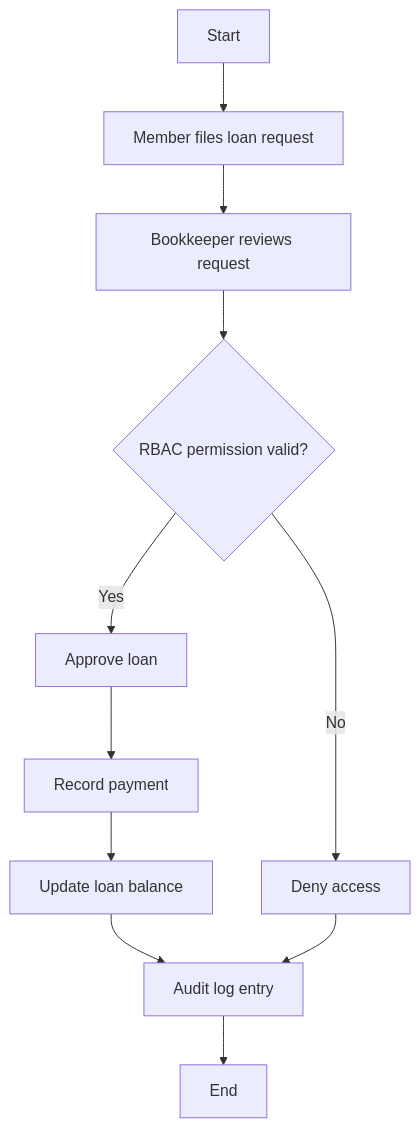
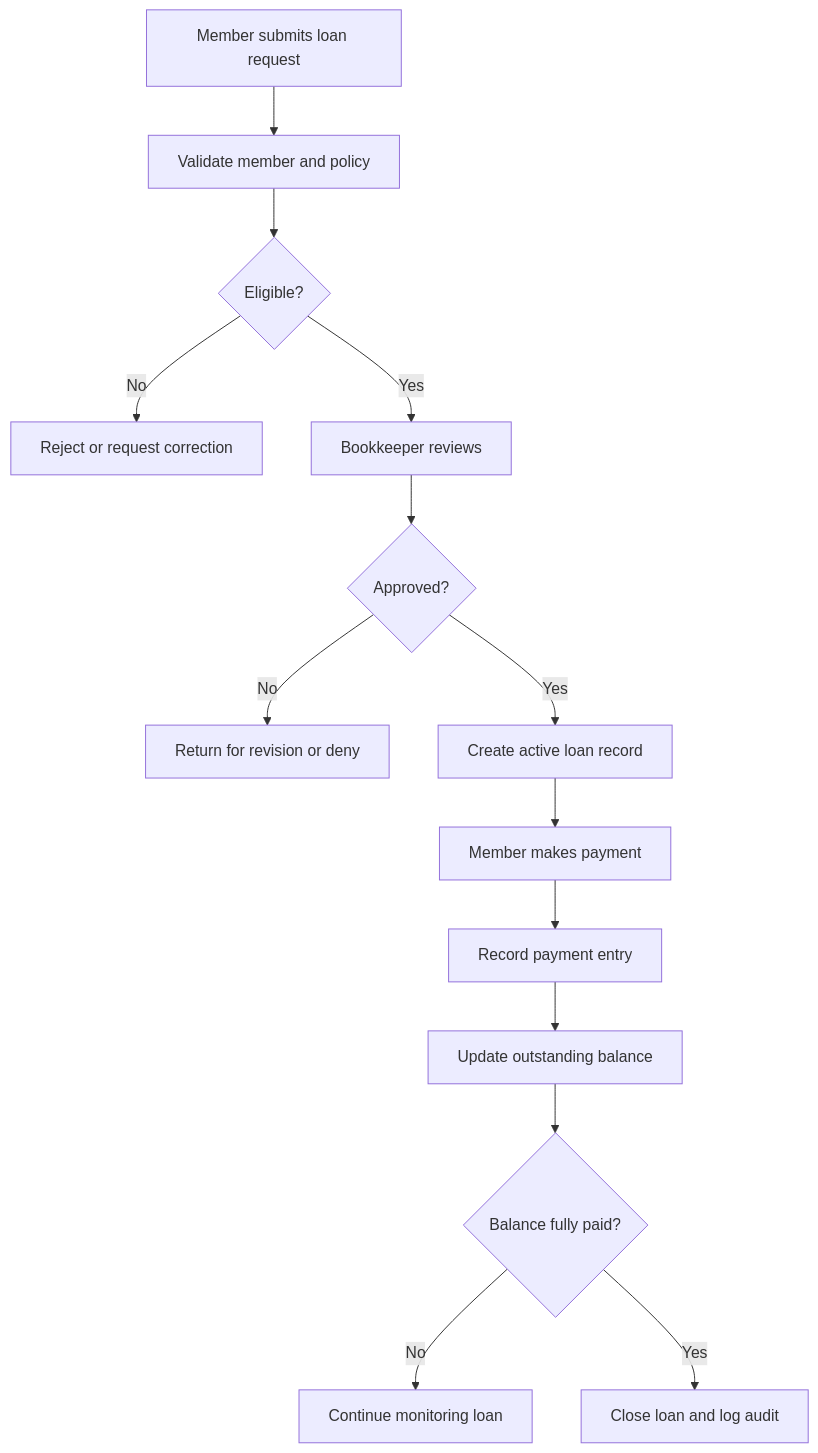
Before and after one commit to Bonuel12142005/KAMBACDIAGRAM: the tenth of 16 diagrams in README.md, drawn with Mermaid. The commit also changed other lines of this file, not shown here.

Commit message:
Overwrite README.md with the full 16-diagram KIMS proposal summary

````diff
--- a/README.md
+++ b/README.md
@@ -532,13 +435,16 @@
 ```mermaid
 flowchart TD
-    S["Start"] --> A["Member files loan request"]
-    A --> B["Bookkeeper reviews request"]
-    B --> C{"RBAC permission valid?"}
-    C -- Yes --> D["Approve loan"]
-    D --> E["Record payment"]
-    E --> F["Update loan balance"]
-    F --> G["Audit log entry"]
-    G --> H["End"]
-    C -- No --> I["Deny access"]
-    I --> G
+    A["Member submits loan request"] --> B["Validate member and policy"]
+    B --> C{"Eligible?"}
+    C -- No --> D["Reject or request correction"]
+    C -- Yes --> E["Bookkeeper reviews"]
+    E --> F{"Approved?"}
+    F -- No --> G["Return for revision or deny"]
+    F -- Yes --> H["Create active loan record"]
+    H --> I["Member makes payment"]
+    I --> J["Record payment entry"]
+    J --> K["Update outstanding balance"]
+    K --> L{"Balance fully paid?"}
+    L -- No --> M["Continue monitoring loan"]
+    L -- Yes --> N["Close loan and log audit"]
 ```
````
